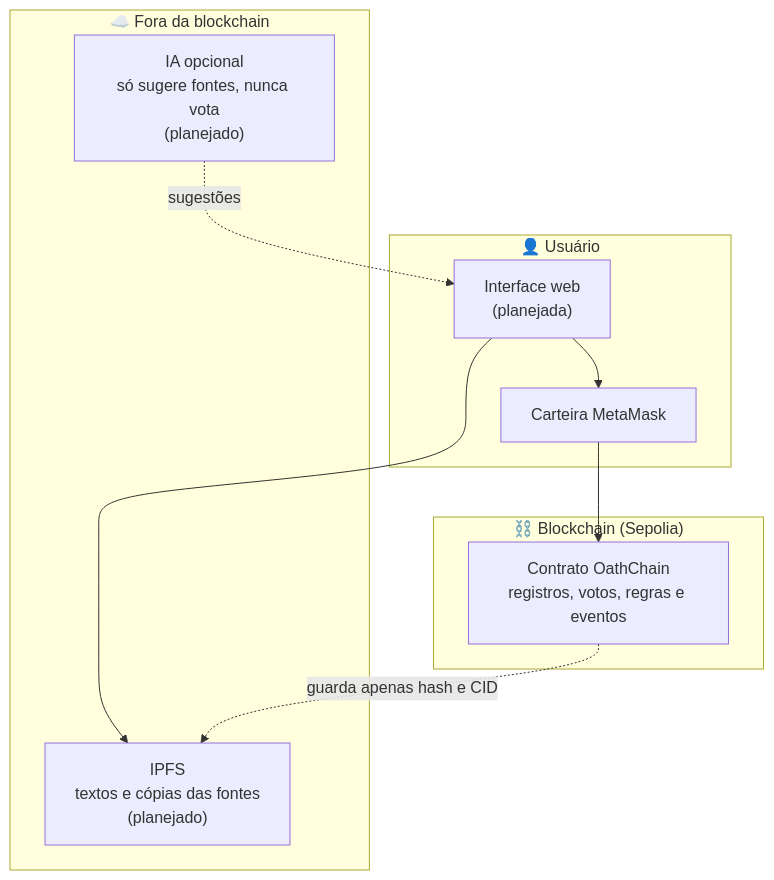
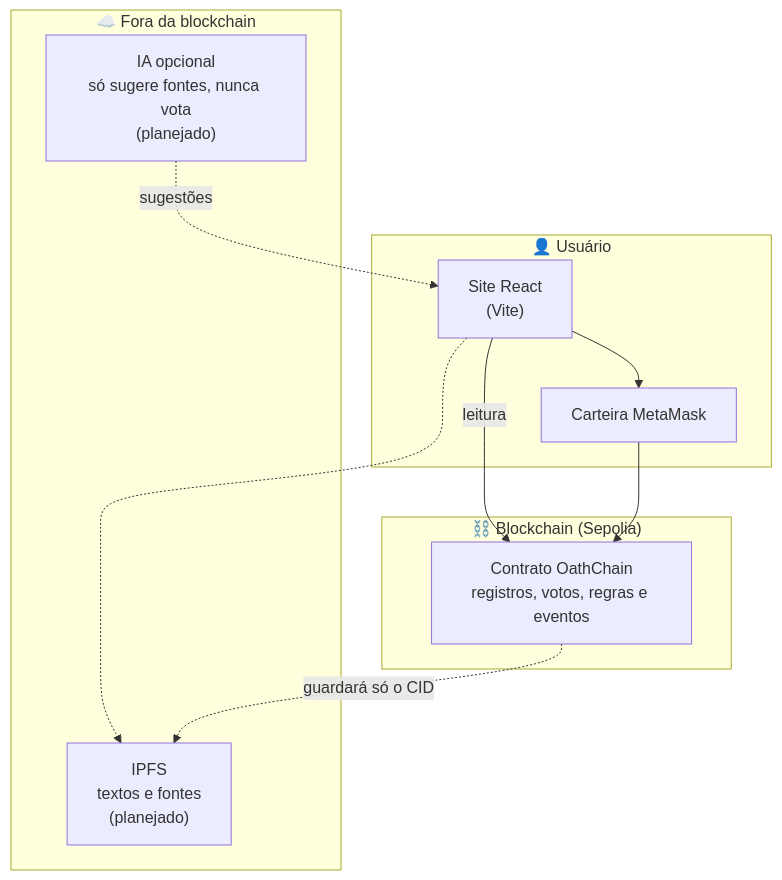
The fifth of 5 diagrams in README.md (paivafgustavo/OathChain), drawn with Mermaid before and after one commit. The commit also changed other lines of this file, not shown here.

Commit message:
README atualizado para o contrato v3.1 e o novo site

````diff
--- a/README.md
+++ b/README.md
@@ -191,21 +241,22 @@
 ```mermaid
 flowchart TB
     subgraph Usuario["👤 Usuário"]
-        UI["Interface web<br/>(planejada)"]
+        UI["Site React<br/>(Vite)"]
         W["Carteira MetaMask"]
     end
 
     subgraph Rede["⛓️ Blockchain (Sepolia)"]
         SC["Contrato OathChain<br/>registros, votos, regras e eventos"]
     end
 
     subgraph Fora["☁️ Fora da blockchain"]
-        IPFS["IPFS<br/>textos e cópias das fontes<br/>(planejado)"]
+        IPFS["IPFS<br/>textos e fontes<br/>(planejado)"]
         IA["IA opcional<br/>só sugere fontes, nunca vota<br/>(planejado)"]
     end
 
+    UI -- leitura --> SC
     UI --> W --> SC
-    UI --> IPFS
+    UI -.-> IPFS
     IA -.sugestões.-> UI
-    SC -. guarda apenas hash e CID .-> IPFS
+    SC -. guardará só o CID .-> IPFS
 ```
````
